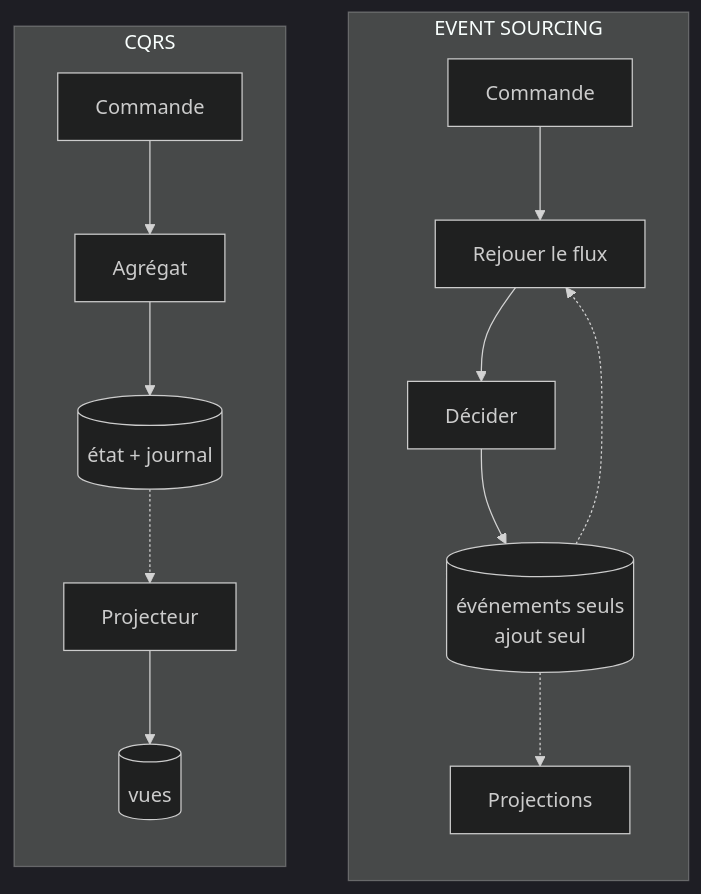
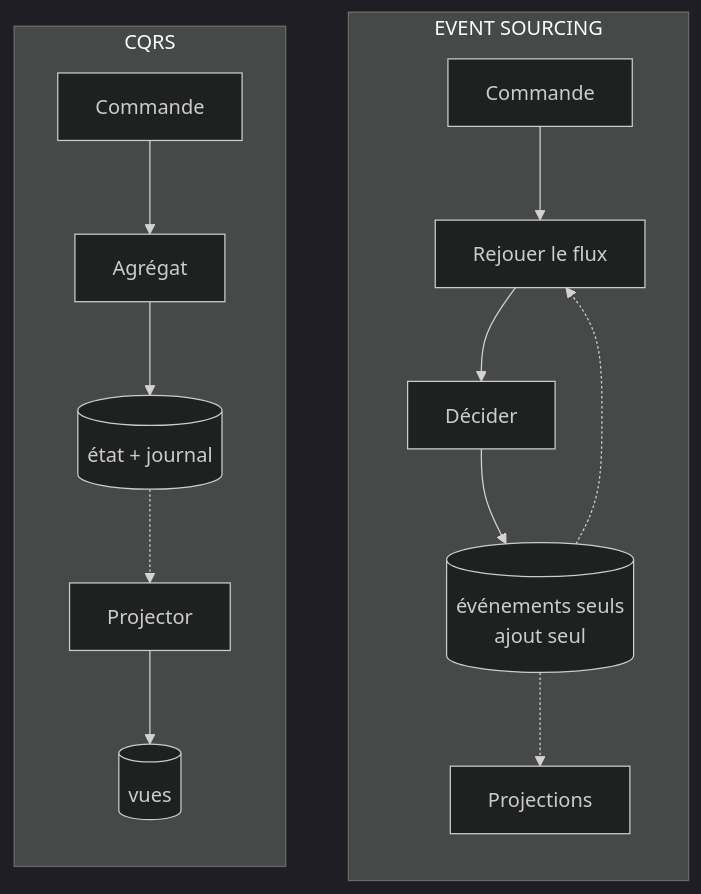
Before and after one commit to drangoht/ArchitecturesDemo: the diagram in Docs/differences/07-cqrs-vs-event-sourcing.md, drawn with Mermaid (dark theme). The commit also changed other lines of this file and 70 other files, not shown here.

Commit message:
Docs FR : identifiants, liens, diagrammes et sorties alignés sur le code anglais

````diff
--- a/Docs/differences/07-cqrs-vs-event-sourcing.md
+++ b/Docs/differences/07-cqrs-vs-event-sourcing.md
@@ -37,17 +37,17 @@
 ```mermaid
 flowchart LR
     subgraph C["CQRS"]
         direction TB
         CC["Commande"] --> CA["Agrégat"]
         CA --> CE[("état + journal")]
-        CE -.-> CP["Projecteur"] --> CL[("vues")]
+        CE -.-> CP["Projector"] --> CL[("vues")]
     end
     subgraph E["EVENT SOURCING"]
         direction TB
         EC["Commande"] --> ER["Rejouer le flux"] --> ED["Décider"]
         ED --> EM[("événements seuls<br/>ajout seul")]
         EM -.-> EP["Projections"]
         EM -.-> ER
     end
     C ~~~ E
 ```
````
